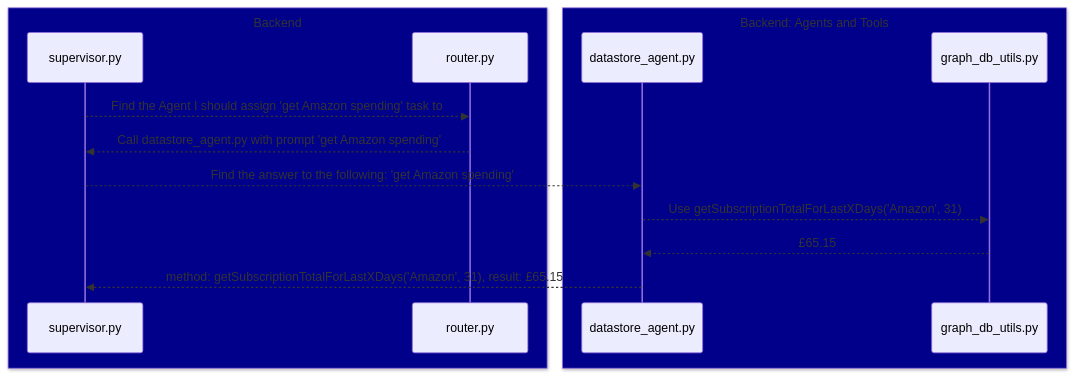
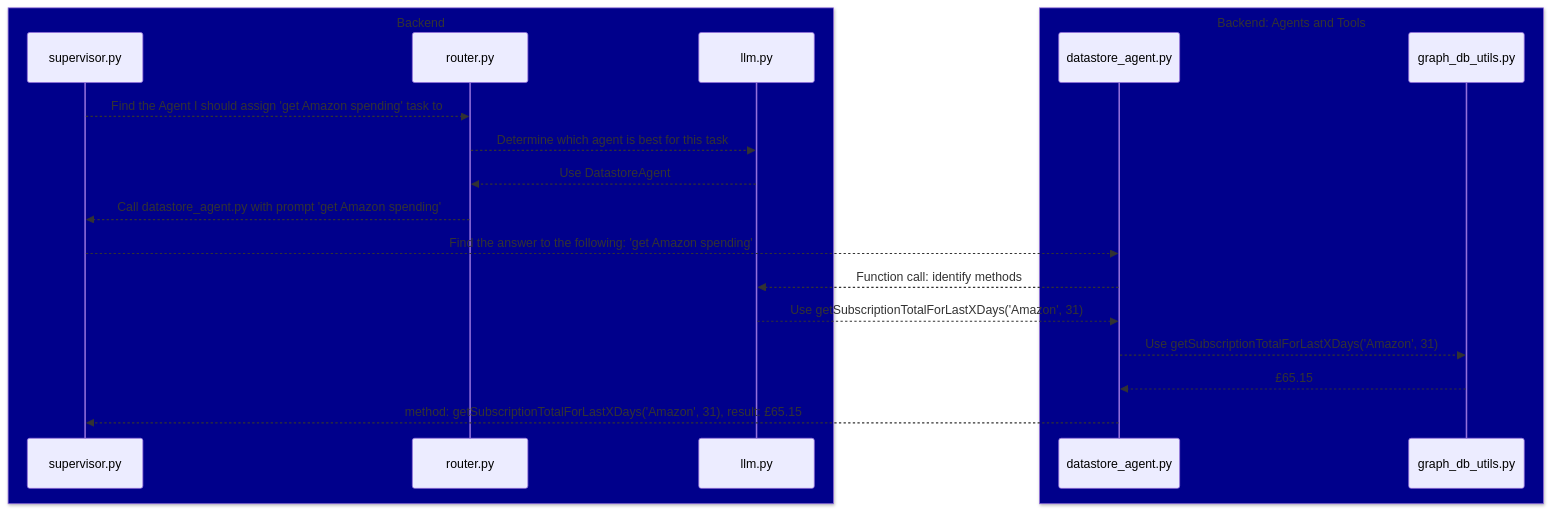
One commit to WaitThatShouldntWork/InferGPT changed the third of 5 diagrams in assets/sum-my-subscriptions/happy_flows_sum_my_subs_python_modules.md. Above: the diagram before and after it, drawn with Mermaid. The commit also changed other lines of this file and 1 other file, not shown here.

Commit message:
Include llm.py in python modules diagram

````diff
--- a/assets/sum-my-subscriptions/happy_flows_sum_my_subs_python_modules.md
+++ b/assets/sum-my-subscriptions/happy_flows_sum_my_subs_python_modules.md
@@ -30,17 +35,22 @@
 ```mermaid
 sequenceDiagram
     box DarkBlue Backend
     participant supervisor.py
     participant router.py
+    participant llm.py
     end
     box DarkBlue Backend: Agents and Tools
     participant datastore_agent.py
     participant graph_db_utils.py
     end
     supervisor.py -->> router.py: Find the Agent I should assign 'get Amazon spending' task to
+    router.py -->> llm.py: Determine which agent is best for this task
+    llm.py -->> router.py: Use DatastoreAgent
     router.py -->> supervisor.py: Call datastore_agent.py with prompt 'get Amazon spending'
     supervisor.py -->> datastore_agent.py: Find the answer to the following: 'get Amazon spending'
+    datastore_agent.py -->> llm.py: Function call: identify methods
+    llm.py -->> datastore_agent.py: Use getSubscriptionTotalForLastXDays('Amazon', 31)
     datastore_agent.py -->> graph_db_utils.py: Use getSubscriptionTotalForLastXDays('Amazon', 31)
     graph_db_utils.py -->> datastore_agent.py: £65.15
     datastore_agent.py -->> supervisor.py: method: getSubscriptionTotalForLastXDays('Amazon', 31), result: £65.15
 ```
````
